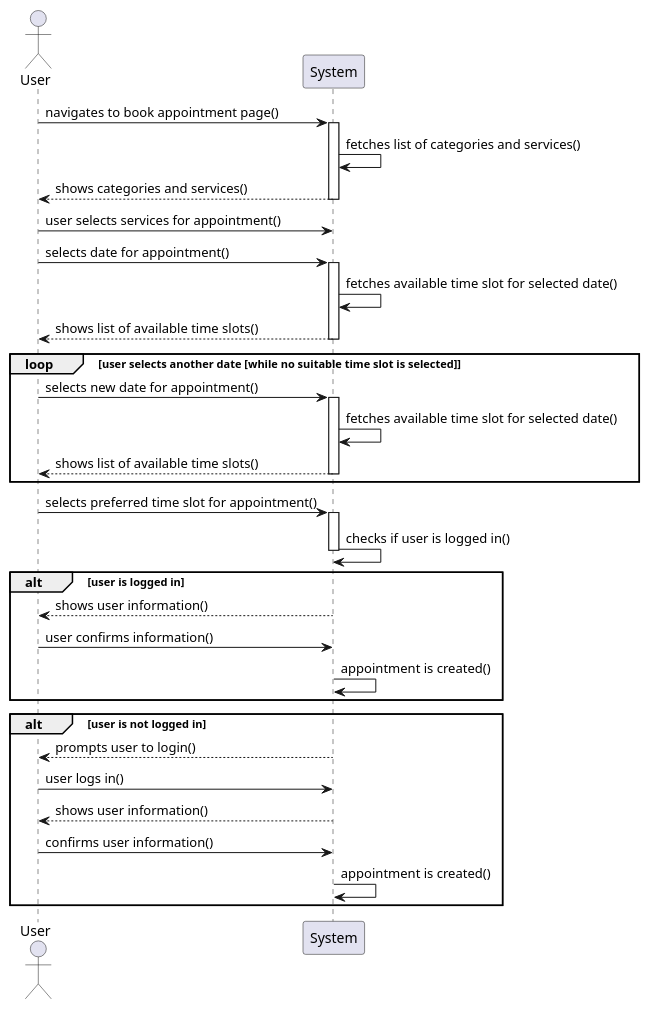
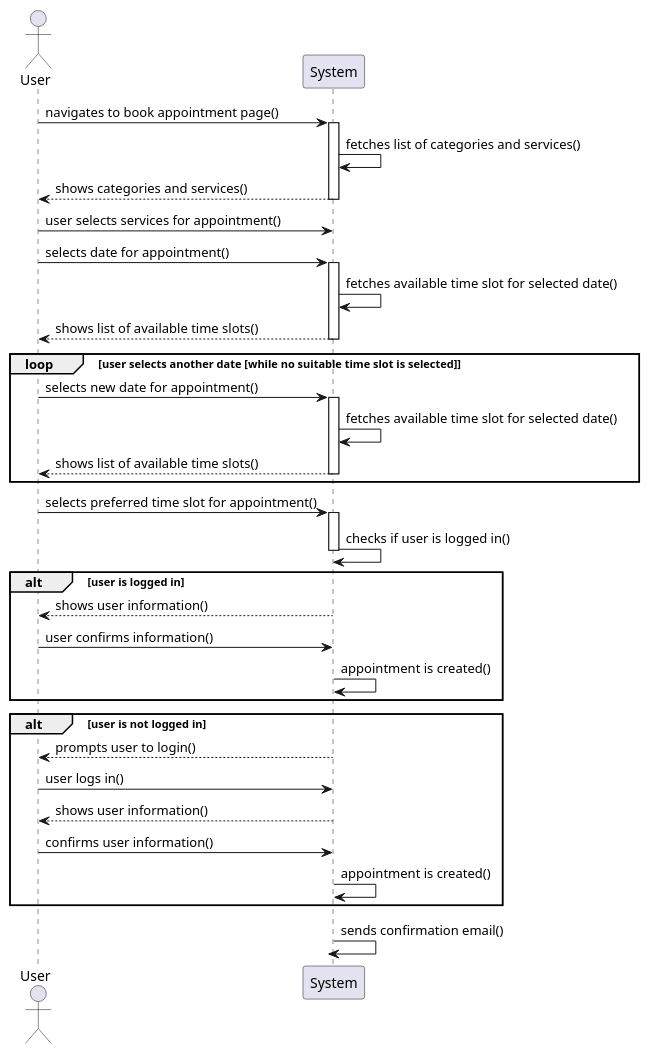
One commit to Glow-Nest/backend changed the diagram in Documentation/Sequence Diagrams/CreateAppointment System Sequence Diagram.puml. Above: the diagram before and after it, drawn with PlantUML. The commit also changed 12 other files, not shown here.

Commit message:
Added diagrams

```diff
--- a/Documentation/Sequence Diagrams/CreateAppointment System Sequence Diagram.puml
+++ b/Documentation/Sequence Diagrams/CreateAppointment System Sequence Diagram.puml
@@ -1,45 +1,49 @@
 @startuml
 actor User
 participant System
 
 User -> System : navigates to book appointment page()
 activate System
 System -> System : fetches list of categories and services()
 System --> User : shows categories and services()
 deactivate System
 
 User -> System : user selects services for appointment()
 User -> System : selects date for appointment()
 activate System
 System -> System : fetches available time slot for selected date()
 System --> User : shows list of available time slots()
 deactivate System
 
 loop user selects another date [while no suitable time slot is selected]
   User -> System : selects new date for appointment()
   activate System
   System -> System : fetches available time slot for selected date()
   System --> User : shows list of available time slots()
   deactivate System
 end
 
 User -> System : selects preferred time slot for appointment()
 activate System
 System -> System : checks if user is logged in()
 deactivate System
 
 alt user is logged in
   System --> User : shows user information()
   User -> System : user confirms information()
   System -> System : appointment is created()
 end
 
 alt user is not logged in
   System --> User : prompts user to login()
   User -> System : user logs in()
   System --> User : shows user information()
   User -> System : confirms user information()
   System -> System : appointment is created()
 end
 
+activate System
+System -> System : sends confirmation email()
+deactivate System
+
 @enduml
```
